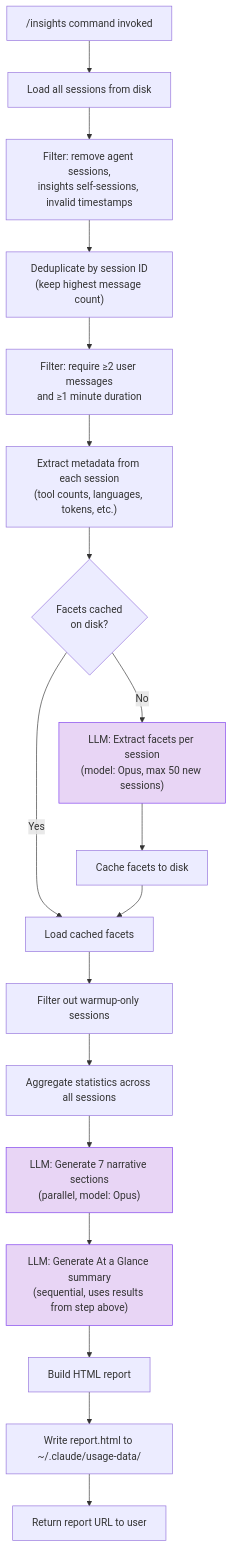
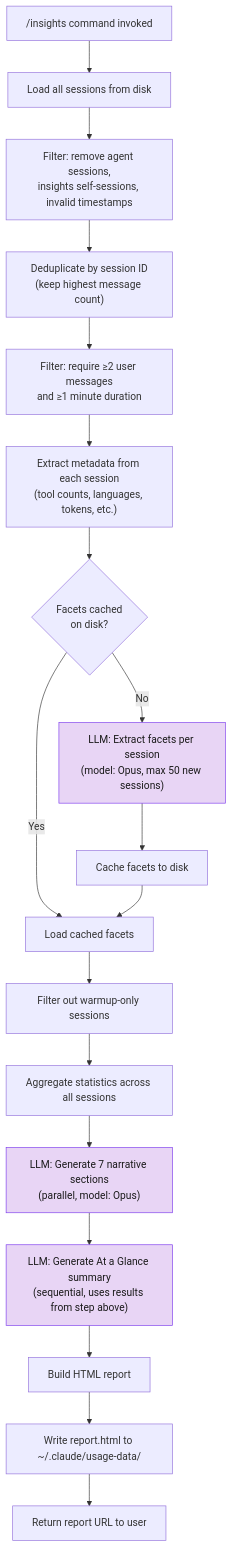
One commit to Prajwalsrinvas/claude-code-reverse-engineering changed the diagram in deep-dives/insights/README.md. Above: the diagram before and after it, drawn with Mermaid. The commit also changed other lines of this file and 8 other files, not shown here.

````diff
--- a/deep-dives/insights/README.md
+++ b/deep-dives/insights/README.md
@@ -65,24 +66,24 @@
 ```mermaid
 flowchart TD
     A["/insights command invoked"] --> B["Load all sessions from disk"]
-    B --> C["Filter: remove agent sessions,\ninsights self-sessions, invalid timestamps"]
-    C --> D["Deduplicate by session ID\n(keep highest message count)"]
-    D --> E["Filter: require ≥2 user messages\nand ≥1 minute duration"]
-    E --> F["Extract metadata from each session\n(tool counts, languages, tokens, etc.)"]
-    F --> G{"Facets cached\non disk?"}
+    B --> C["Filter: remove agent sessions,<br>insights self-sessions, invalid timestamps"]
+    C --> D["Deduplicate by session ID<br>(keep highest message count)"]
+    D --> E["Filter: require ≥2 user messages<br>and ≥1 minute duration"]
+    E --> F["Extract metadata from each session<br>(tool counts, languages, tokens, etc.)"]
+    F --> G{"Facets cached<br>on disk?"}
     G -- Yes --> H["Load cached facets"]
-    G -- No --> I["LLM: Extract facets per session\n(model: Opus, max 50 new sessions)"]
+    G -- No --> I["LLM: Extract facets per session<br>(model: Opus, max 50 new sessions)"]
     I --> J["Cache facets to disk"]
     J --> H
     H --> K["Filter out warmup-only sessions"]
     K --> L["Aggregate statistics across all sessions"]
-    L --> M["LLM: Generate 7 narrative sections\n(parallel, model: Opus)"]
-    M --> N["LLM: Generate At a Glance summary\n(sequential, uses results from step above)"]
+    L --> M["LLM: Generate 7 narrative sections<br>(parallel, model: Opus)"]
+    M --> N["LLM: Generate At a Glance summary<br>(sequential, uses results from step above)"]
     N --> O["Build HTML report"]
     O --> P["Write report.html to ~/.claude/usage-data/"]
     P --> Q["Return report URL to user"]
 
-    style I fill:#e8d5f5,stroke:#7c3aed
-    style M fill:#e8d5f5,stroke:#7c3aed
-    style N fill:#e8d5f5,stroke:#7c3aed
+    style I fill:#e8d5f5,stroke:#7c3aed,color:#1a1a1a
+    style M fill:#e8d5f5,stroke:#7c3aed,color:#1a1a1a
+    style N fill:#e8d5f5,stroke:#7c3aed,color:#1a1a1a
 ```
````
